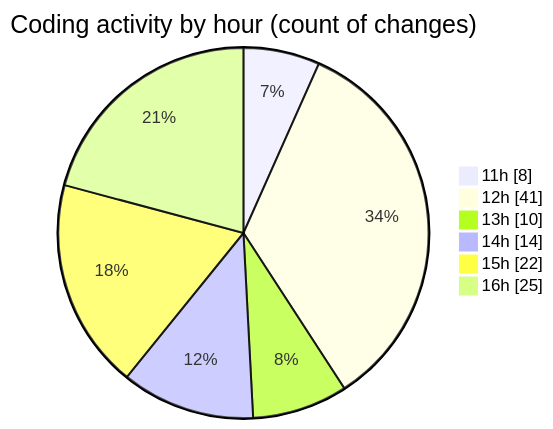
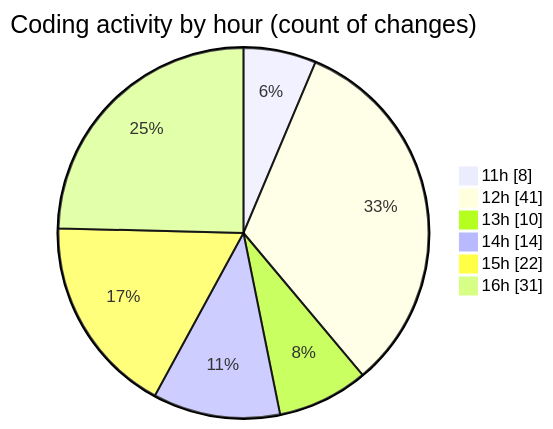
One commit to BS-eng2023/code-tracking changed the second of 2 diagrams in 2025-05-04/project/README.md. Above: the diagram before and after it, drawn with Mermaid. The commit also changed other lines of this file and 1 other file, not shown here.

````diff
--- a/2025-05-04/project/README.md
+++ b/2025-05-04/project/README.md
@@ -51,10 +51,10 @@
 ```mermaid
 pie showData
 title Coding activity by hour (count of changes)
 "11h" : 8
 "12h" : 41
 "13h" : 10
 "14h" : 14
 "15h" : 22
-"16h" : 25
+"16h" : 31
 ```
````
